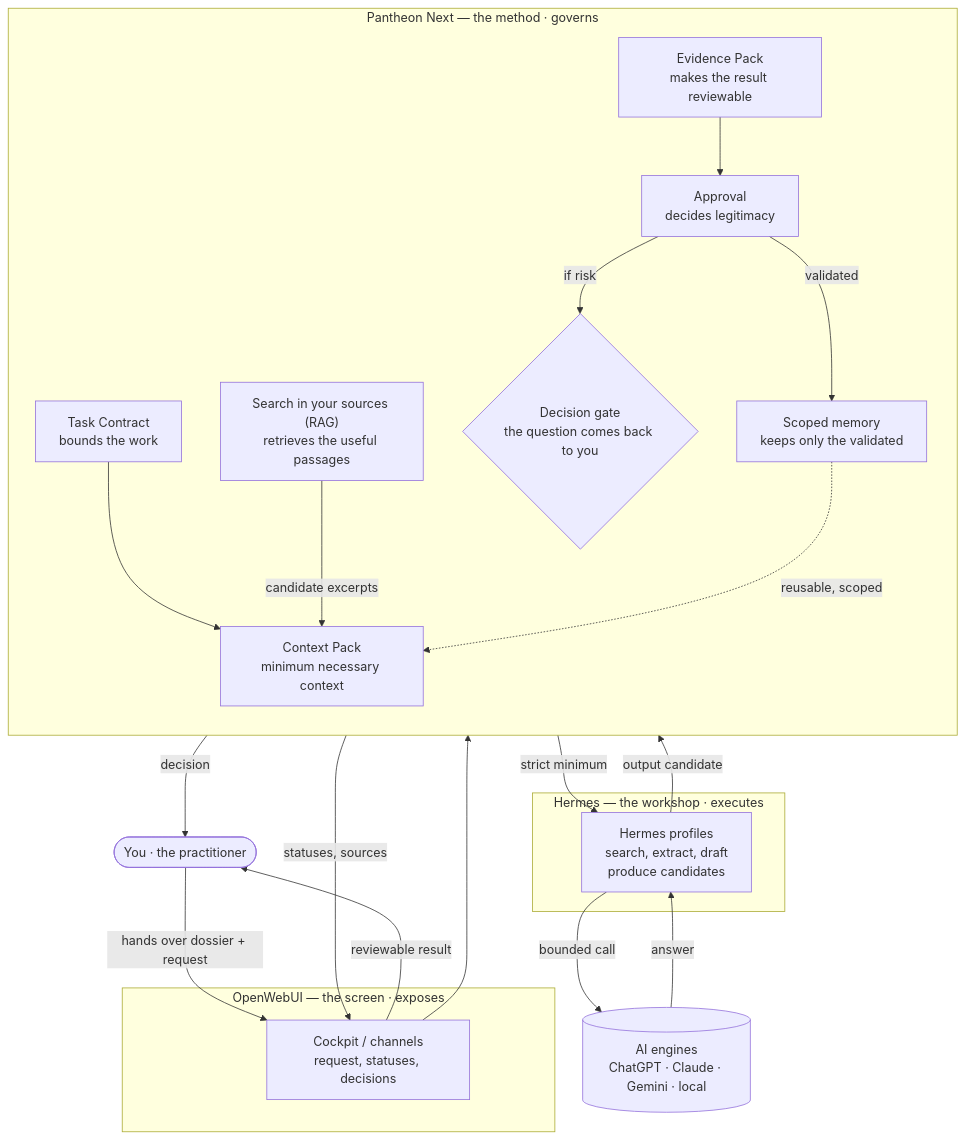
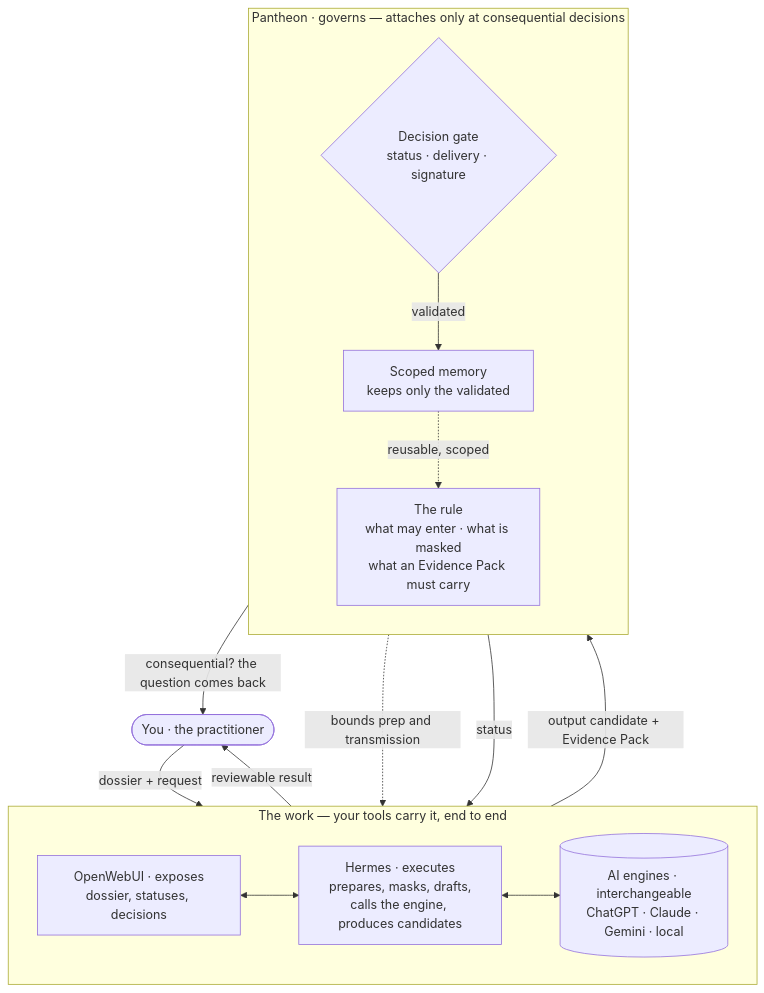
One commit to ifanjuang/Pantheon-Next changed the diagram in README.md. Above: the diagram before and after it, drawn with Mermaid. The commit also changed other lines of this file and 3 other files, not shown here.

````diff
--- a/README.md
+++ b/README.md
@@ -193,41 +194,29 @@
 ```mermaid
 flowchart TB
     U([You · the practitioner])
 
-    subgraph EXPO["OpenWebUI — the screen · exposes"]
-        OW["Cockpit / channels<br/>request, statuses, decisions"]
+    subgraph WORK["The work — your tools carry it, end to end"]
+      direction LR
+      OW["OpenWebUI · exposes<br/>dossier, statuses, decisions"]
+      HX["Hermes · executes<br/>prepares, masks, drafts,<br/>calls the engine, produces candidates"]
+      ENG[("AI engines · interchangeable<br/>ChatGPT · Claude · Gemini · local")]
+      OW <--> HX
+      HX <--> ENG
     end
 
-    subgraph GOV["Pantheon Next — the method · governs"]
-        direction TB
-        TC["Task Contract<br/>bounds the work"]
-        CP["Context Pack<br/>minimum necessary context"]
-        RK["Search in your sources (RAG)<br/>retrieves the useful passages"]
-        EP["Evidence Pack<br/>makes the result reviewable"]
-        AP["Approval<br/>decides legitimacy"]
-        MEM["Scoped memory<br/>keeps only the validated"]
-        UDG{"Decision gate<br/>the question comes back to you"}
+    subgraph PAN["Pantheon · governs — attaches only at consequential decisions"]
+      direction TB
+      RULE["The rule<br/>what may enter · what is masked<br/>what an Evidence Pack must carry"]
+      GATE{"Decision gate<br/>status · delivery · signature"}
+      MEM["Scoped memory<br/>keeps only the validated"]
     end
 
-    subgraph EXEC["Hermes — the workshop · executes"]
-        HX["Hermes profiles<br/>search, extract, draft<br/>produce candidates"]
-    end
-
-    ENG[("AI engines<br/>ChatGPT · Claude · Gemini · local")]
-
-    U -->|hands over dossier + request| OW
-    OW --> TC
-    TC --> CP
-    RK -->|candidate excerpts| CP
-    CP -->|strict minimum| HX
-    HX -->|bounded call| ENG
-    ENG -->|answer| HX
-    HX -->|output candidate| EP
-    EP --> AP
-    AP -->|if risk| UDG
-    UDG -->|decision| U
-    AP -->|validated| MEM
-    MEM -.->|reusable, scoped| CP
-    EP -->|statuses, sources| OW
+    U -->|dossier + request| OW
+    RULE -.->|bounds prep and transmission| HX
+    HX -->|output candidate + Evidence Pack| GATE
+    GATE -->|consequential? the question comes back| U
+    GATE -->|validated| MEM
+    MEM -.->|reusable, scoped| RULE
+    GATE -->|status| OW
     OW -->|reviewable result| U
 ```
````
